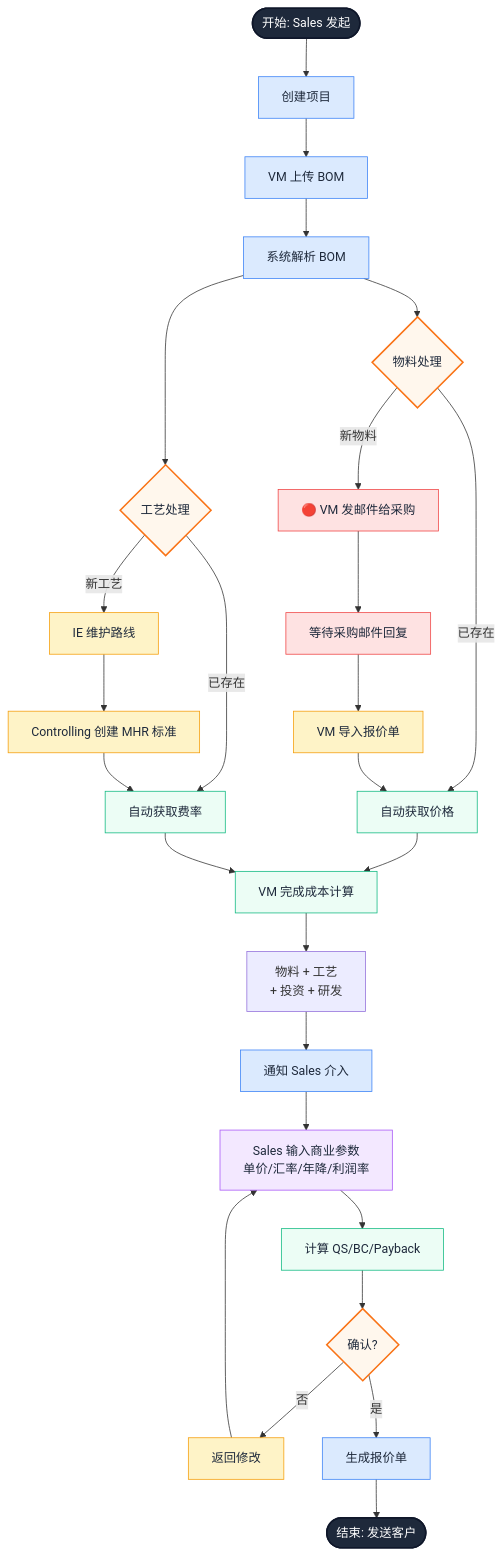
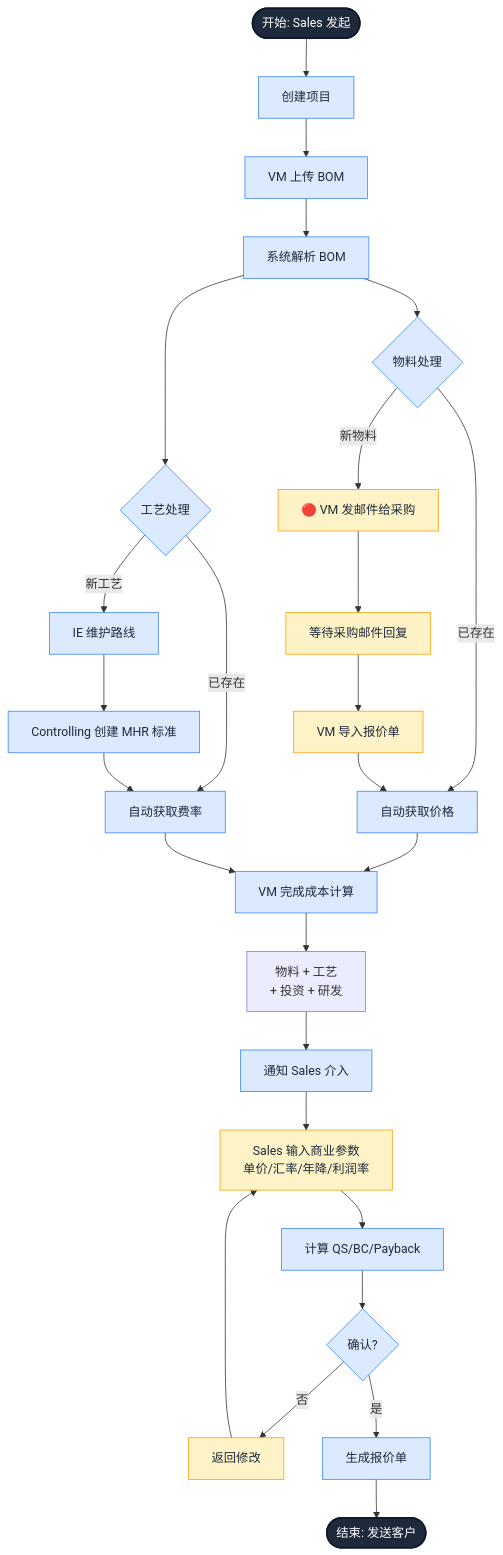
One commit to randyluo85/Quoting-Copilot changed the first of 2 diagrams in docs/PRD.md. Above: the diagram before and after it, drawn with Mermaid.

Commit message:
auto: claude changes

````diff
--- a/docs/PRD.md
+++ b/docs/PRD.md
@@ -383,58 +383,50 @@
 ```mermaid
 flowchart TB
     Start([开始: Sales 发起]) --> Project[创建项目]
 
     Project --> Upload[VM 上传 BOM]
     Upload --> Parse[系统解析 BOM]
 
     Parse --> MBranch{物料处理}
     Parse --> PBranch{工艺处理}
 
     %% 物料分支（左侧）
     MBranch -->|已存在| MAuto[自动获取价格]
     MBranch -->|新物料| MMail[🔴 VM 发邮件给采购]
     MMail --> MWait[等待采购邮件回复]
     MWait --> MImport[VM 导入报价单]
     MImport --> MAuto
 
     %% 工艺分支（右侧）
     PBranch -->|已存在| PAuto[自动获取费率]
     PBranch -->|新工艺| PIE[IE 维护路线]
     PIE --> PControl[Controlling 创建 MHR 标准]
     PControl --> PAuto
 
     %% 汇合计算
     MAuto --> Calc[VM 完成成本计算]
     PAuto --> Calc
 
     Calc --> CalcFull[物料 + 工艺<br/>+ 投资 + 研发]
     CalcFull --> Notify[通知 Sales 介入]
 
     %% Sales 输入商业参数
     Notify --> Sales[Sales 输入商业参数<br/>单价/汇率/年降/利润率]
     Sales --> CalcQSBC[计算 QS/BC/Payback]
 
     CalcQSBC --> SDec{确认?}
     SDec -->|否| SEdit[返回修改]
     SEdit --> Sales
 
     SDec -->|是| Export[生成报价单]
     Export --> End([结束: 发送客户])
 
-    %% 样式：深色文字 + 浅色背景
+    %% 样式：不超过3种颜色
     classDef startEnd fill:#1e293b,stroke:#0f172a,stroke-width:2px,color:#fff
-    classDef decision fill:#fff7ed,stroke:#f97316,stroke-width:2px,color:#1e293b
-    classDef auto fill:#ecfdf5,stroke:#10b981,stroke-width:1px,color:#1e293b
-    classDef manual fill:#fef3c7,stroke:#f59e0b,stroke-width:1px,color:#1e293b
-    classDef system fill:#dbeafe,stroke:#3b82f6,stroke-width:1px,color:#1e293b
-    classDef review fill:#f3e8ff,stroke:#a855f7,stroke-width:1px,color:#1e293b
-    classDef email fill:#fee2e2,stroke:#ef4444,stroke-width:1px,color:#1e293b
+    classDef process fill:#dbeafe,stroke:#3b82f6,stroke-width:1px,color:#1e293b
+    classDef highlight fill:#fef3c7,stroke:#f59e0b,stroke-width:1px,color:#1e293b
 
     class Start,End startEnd
-    class MBranch,PBranch,SDec decision
-    class MAuto,PAuto,Calc,CalcQSBC auto
-    class PIE,PPE,PControl,SEdit,MImport manual
-    class Project,Upload,Parse,Notify,Export system
-    class Sales review
-    class MMail,MWait email
+    class MBranch,PBranch,SDec,MAuto,PAuto,Calc,CalcQSBC,PIE,PControl,Project,Upload,Parse,Notify,Export process
+    class SEdit,MImport,Sales,MMail,MWait highlight
 ```
````
